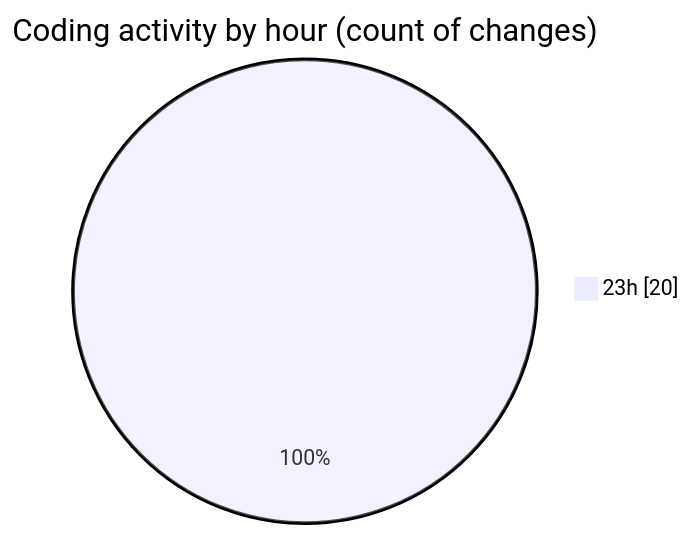
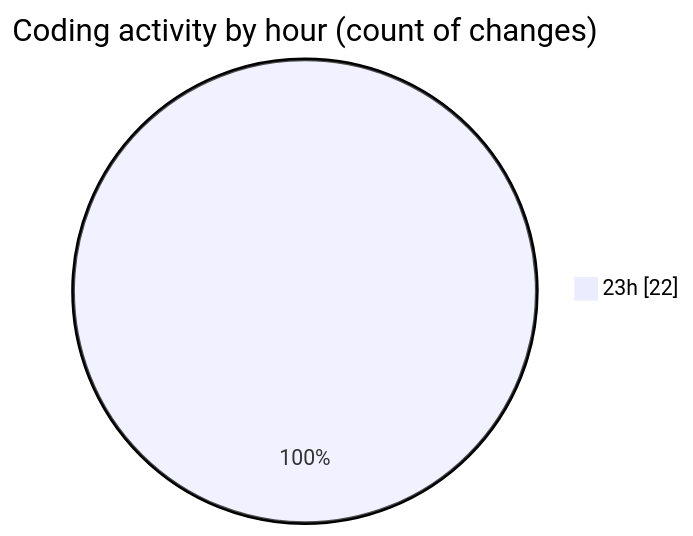
Before and after one commit to charlie-sans/code-tracking: the second of 2 diagrams in 2025-03-18/jmasm/README.md, drawn with Mermaid. The commit also changed other lines of this file and 1 other file, not shown here.

````diff
--- a/2025-03-18/jmasm/README.md
+++ b/2025-03-18/jmasm/README.md
@@ -36,5 +36,5 @@
 ```mermaid
 pie showData
 title Coding activity by hour (count of changes)
-"23h" : 20
+"23h" : 22
 ```
````
